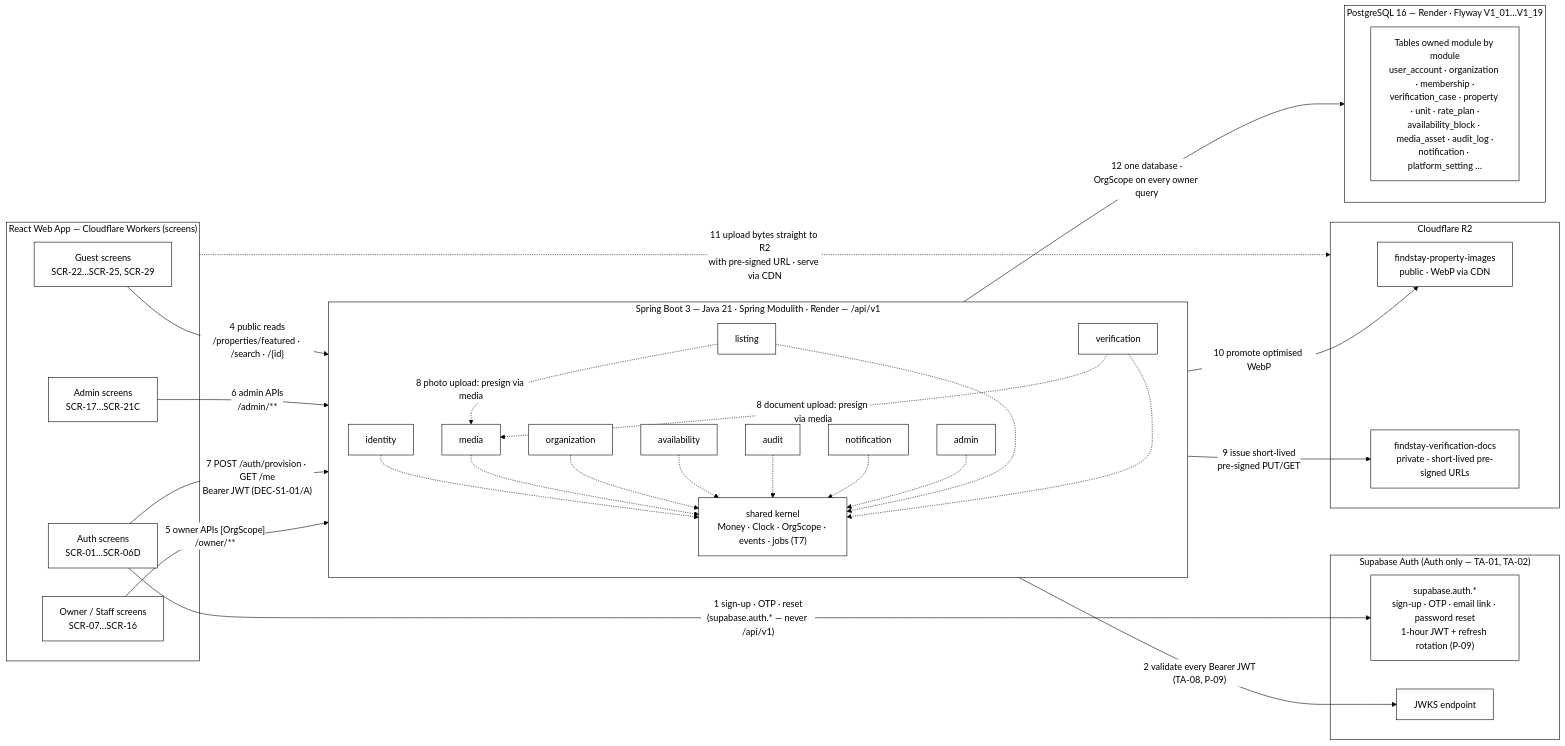
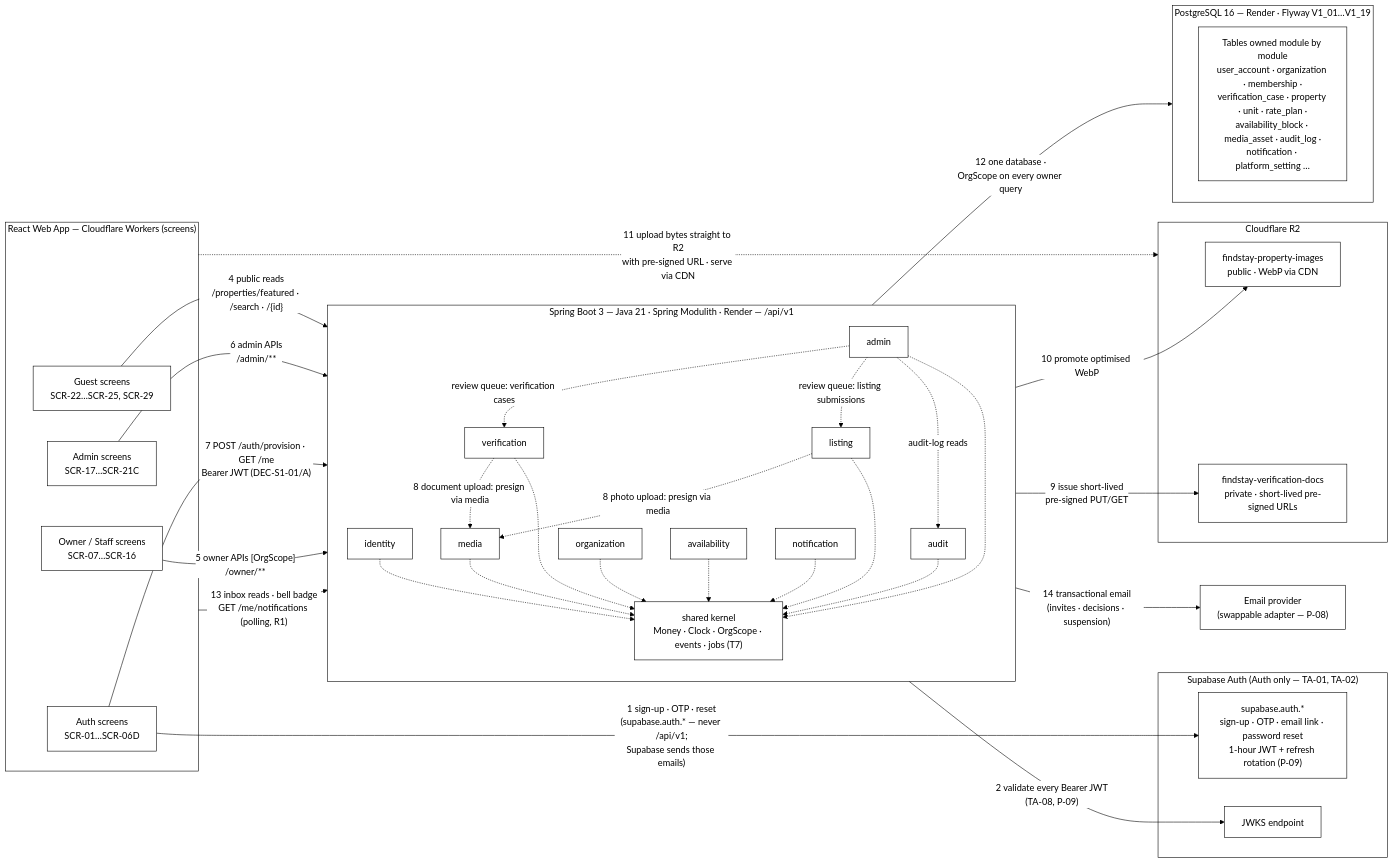
One commit to ObboyeBossman/findstay changed the first of 5 diagrams in docs/design/backend-architecture.md. Above: the diagram before and after it, drawn with Mermaid. The commit also changed other lines of this file and 3 other files, not shown here.

````diff
--- a/docs/design/backend-architecture.md
+++ b/docs/design/backend-architecture.md
@@ -92,55 +95,63 @@
 ```mermaid
 %%{init: {'theme': 'base', 'themeVariables': { 'primaryColor': '#ffffff', 'primaryTextColor': '#000000', 'primaryBorderColor': '#000000', 'lineColor': '#000000', 'secondaryColor': '#ffffff', 'tertiaryColor': '#ffffff', 'background': '#ffffff', 'nodeBkg': '#ffffff', 'nodeBorder': '#000000', 'clusterBkg': '#ffffff', 'clusterBorder': '#000000', 'edgeLabelBackground': '#ffffff', 'textColor': '#000000' }}}%%
 flowchart LR
     subgraph BROWSER["React Web App — Cloudflare Workers (screens)"]
         SCR_G["Guest screens<br/>SCR-22…SCR-25, SCR-29"]
         SCR_AUTH["Auth screens<br/>SCR-01…SCR-06D"]
         SCR_OWN["Owner / Staff screens<br/>SCR-07…SCR-16"]
         SCR_ADM["Admin screens<br/>SCR-17…SCR-21C"]
     end
 
     subgraph SUPA["Supabase Auth (Auth only — TA-01, TA-02)"]
         SA["supabase.auth.*<br/>sign-up · OTP · email link · password reset<br/>1-hour JWT + refresh rotation (P-09)"]
         JWKS["JWKS endpoint"]
     end
 
     subgraph API["Spring Boot 3 — Java 21 · Spring Modulith · Render — /api/v1"]
         direction TB
         MOD_ID["identity"]
         MOD_ORG["organization"]
         MOD_VER["verification"]
         MOD_LST["listing"]
         MOD_AVL["availability"]
         MED["media"]
         AUD["audit"]
         NOT["notification"]
         ADM["admin"]
         SHARED["shared kernel<br/>Money · Clock · OrgScope · events · jobs (T7)"]
     end
 
     subgraph R2["Cloudflare R2"]
         PUB["findstay-property-images<br/>public · WebP via CDN"]
         PRIV["findstay-verification-docs<br/>private · short-lived pre-signed URLs"]
     end
 
+    MAIL["Email provider<br/>(swappable adapter — P-08)"]
+
     subgraph DB["PostgreSQL 16 — Render · Flyway V1_01…V1_19"]
         TBL["Tables owned module by module<br/>user_account · organization · membership ·<br/>verification_case · property · unit · rate_plan ·<br/>availability_block · media_asset · audit_log ·<br/>notification · platform_setting …"]
     end
 
-    SCR_AUTH -- "1 sign-up · OTP · reset<br/>(supabase.auth.* — never /api/v1)" --> SA
+    SCR_AUTH -- "1 sign-up · OTP · reset<br/>(supabase.auth.* — never /api/v1;<br/>Supabase sends those emails)" --> SA
     SCR_G -- "4 public reads<br/>/properties/featured · /search · /{id}" --> MOD_LST
     SCR_OWN -- "5 owner APIs [OrgScope]<br/>/owner/**" --> API
     SCR_ADM -- "6 admin APIs<br/>/admin/**" --> ADM
     SCR_AUTH -- "7 POST /auth/provision · GET /me<br/>Bearer JWT (DEC-S1-01/A)" --> MOD_ID
 
     API -- "2 validate every Bearer JWT<br/>(TA-08, P-09)" --> JWKS
 
     MOD_LST -. "8 photo upload: presign via media" .-> MED
     MOD_VER -. "8 document upload: presign via media" .-> MED
+    ADM -. "review queue: verification cases" .-> MOD_VER
+    ADM -. "review queue: listing submissions" .-> MOD_LST
+    ADM -. "audit-log reads" .-> AUD
     MED -- "9 issue short-lived<br/>pre-signed PUT/GET" --> PRIV
     MED -- "10 promote optimised WebP" --> PUB
     BROWSER -. "11 upload bytes straight to R2<br/>with pre-signed URL · serve via CDN" .-> R2
 
     API -- "12 one database ·<br/>OrgScope on every owner query" --> DB
+
+    BROWSER -- "13 inbox reads · bell badge<br/>GET /me/notifications (polling, R1)" --> NOT
+    NOT -- "14 transactional email<br/>(invites · decisions · suspension)" --> MAIL
     MOD_ID & MOD_ORG & MOD_VER & MOD_LST & MOD_AVL & MED & AUD & NOT & ADM -.-> SHARED
 ```
````
